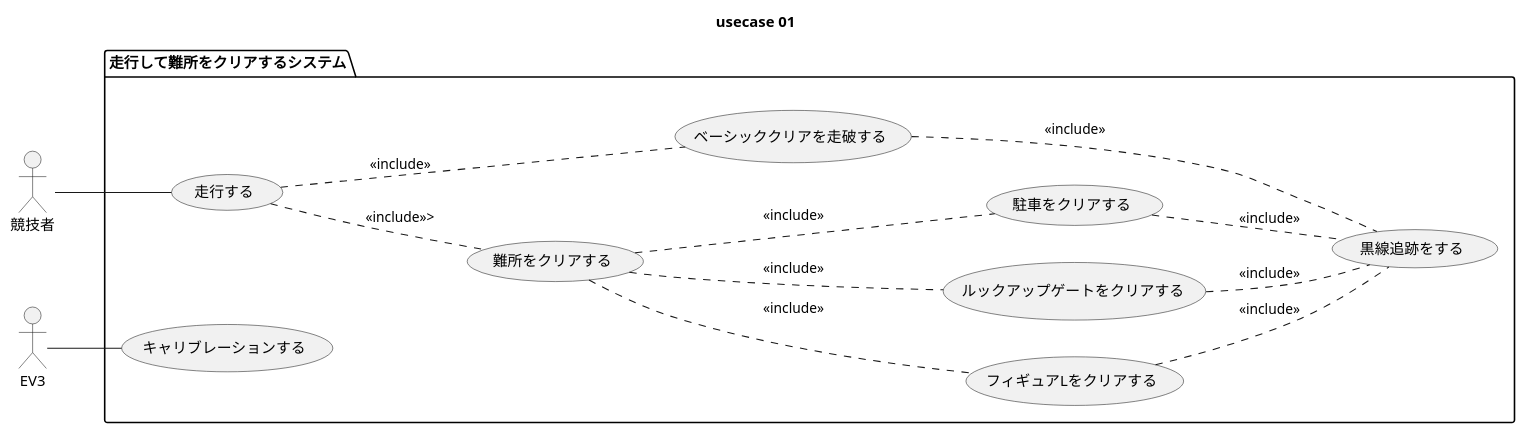
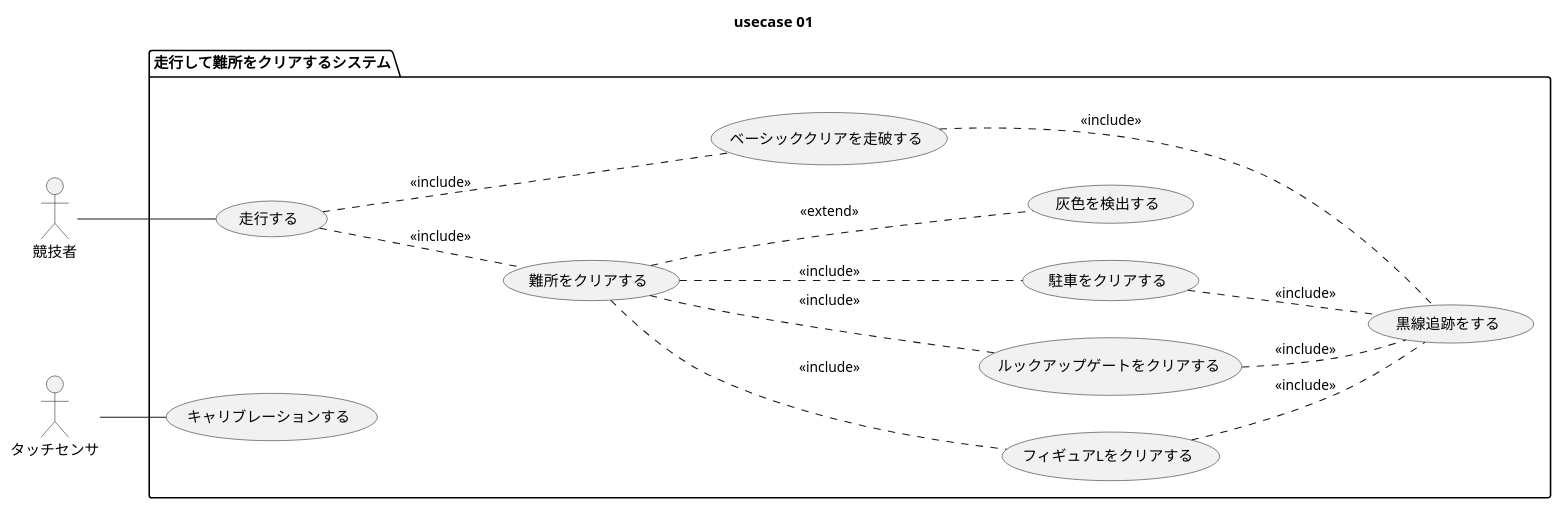
One commit to SLP-KBIT/ETR2015 changed the diagram in diagram/usecase/01/usecase.pu. Above: the diagram before and after it, drawn with PlantUML. The commit also changed 1 other file, not shown here.

Commit message:
(kattsun:usecase:01) "灰色検知"というユースケースを追加

```diff
--- a/diagram/usecase/01/usecase.pu
+++ b/diagram/usecase/01/usecase.pu
@@ -1,33 +1,36 @@
 @startuml
 
 title usecase 01
 
 actor 競技者 as user
-actor EV3 as robo
+actor タッチセンサ as robo
 
 left to right direction
 
 package "走行して難所をクリアするシステム" {
 
     usecase 走行する as run
     usecase 難所をクリアする as obs
     usecase キャリブレーションする as calib
     usecase ベーシッククリアを走破する as basic
     usecase フィギュアLをクリアする as figy
     usecase ルックアップゲートをクリアする as gate
     usecase 駐車をクリアする as park
     usecase 黒線追跡をする as trace
+    usecase 灰色を検出する as glay
 }
 
 user -- run
 robo -- calib
-run  .. obs   : <<include>>>
+run  .. obs   : <<include>>
 run  .. basic : <<include>>
 obs  .. figy  : <<include>>
 obs  .. gate  : <<include>>
 obs  .. park  : <<include>>
 basic .. trace: <<include>>
 park .. trace : <<include>>
 gate .. trace : <<include>>
 figy .. trace : <<include>>
+obs .. glay   : <<extend>>
+
 @enduml
```
